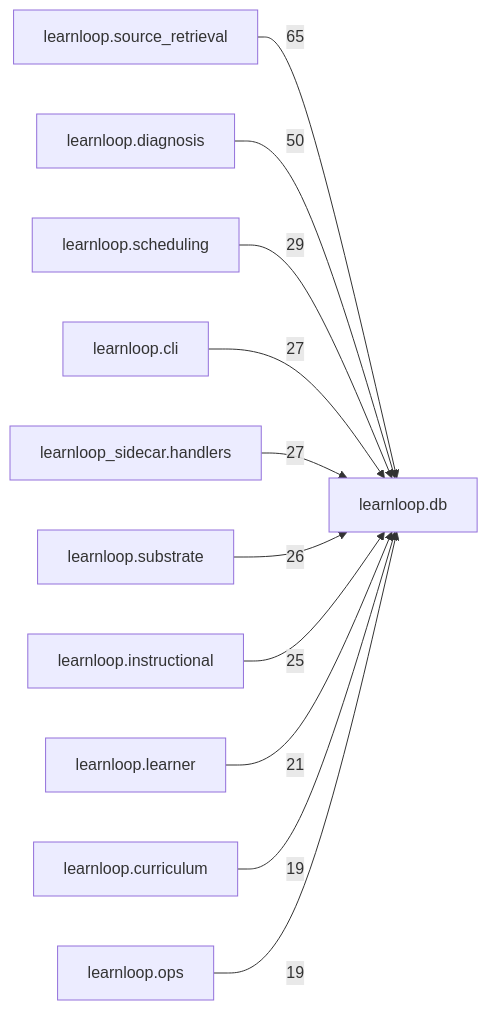
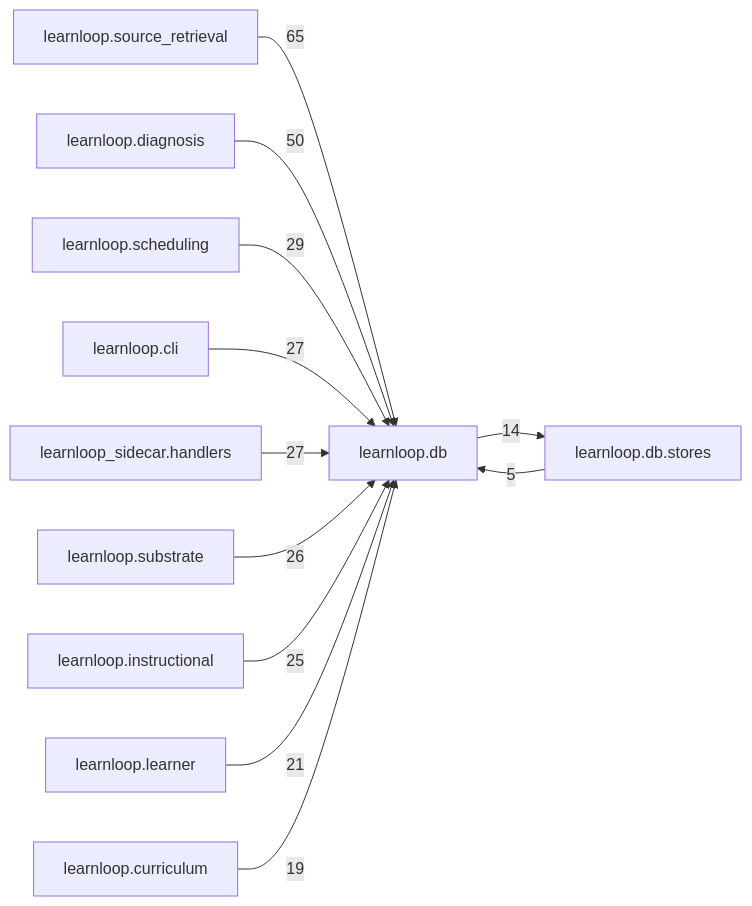
One commit to 6up-b/learnanything changed the diagram in docs/learnloop-architecture-vault/Reference/Modules/learnloop/db/_package.md. Above: the diagram before and after it, drawn with Mermaid. The commit also changed other lines of this file and 67 other files, not shown here.

````diff
--- a/docs/learnloop-architecture-vault/Reference/Modules/learnloop/db/_package.md
+++ b/docs/learnloop-architecture-vault/Reference/Modules/learnloop/db/_package.md
@@ -137,24 +138,25 @@
 ```mermaid
 flowchart LR
     center["learnloop.db"]
     n_learnloop_source_retrieval["learnloop.source_retrieval"]
     n_learnloop_diagnosis["learnloop.diagnosis"]
     n_learnloop_scheduling["learnloop.scheduling"]
     n_learnloop_cli["learnloop.cli"]
     n_learnloop_sidecar_handlers["learnloop_sidecar.handlers"]
     n_learnloop_substrate["learnloop.substrate"]
     n_learnloop_instructional["learnloop.instructional"]
     n_learnloop_learner["learnloop.learner"]
     n_learnloop_curriculum["learnloop.curriculum"]
-    n_learnloop_ops["learnloop.ops"]
+    n_learnloop_db_stores["learnloop.db.stores"]
     n_learnloop_source_retrieval -->|65| center
     n_learnloop_diagnosis -->|50| center
     n_learnloop_scheduling -->|29| center
     n_learnloop_cli -->|27| center
     n_learnloop_sidecar_handlers -->|27| center
     n_learnloop_substrate -->|26| center
     n_learnloop_instructional -->|25| center
     n_learnloop_learner -->|21| center
     n_learnloop_curriculum -->|19| center
-    n_learnloop_ops -->|19| center
+    n_learnloop_db_stores -->|5| center
+    center -->|14| n_learnloop_db_stores
 ```
````
